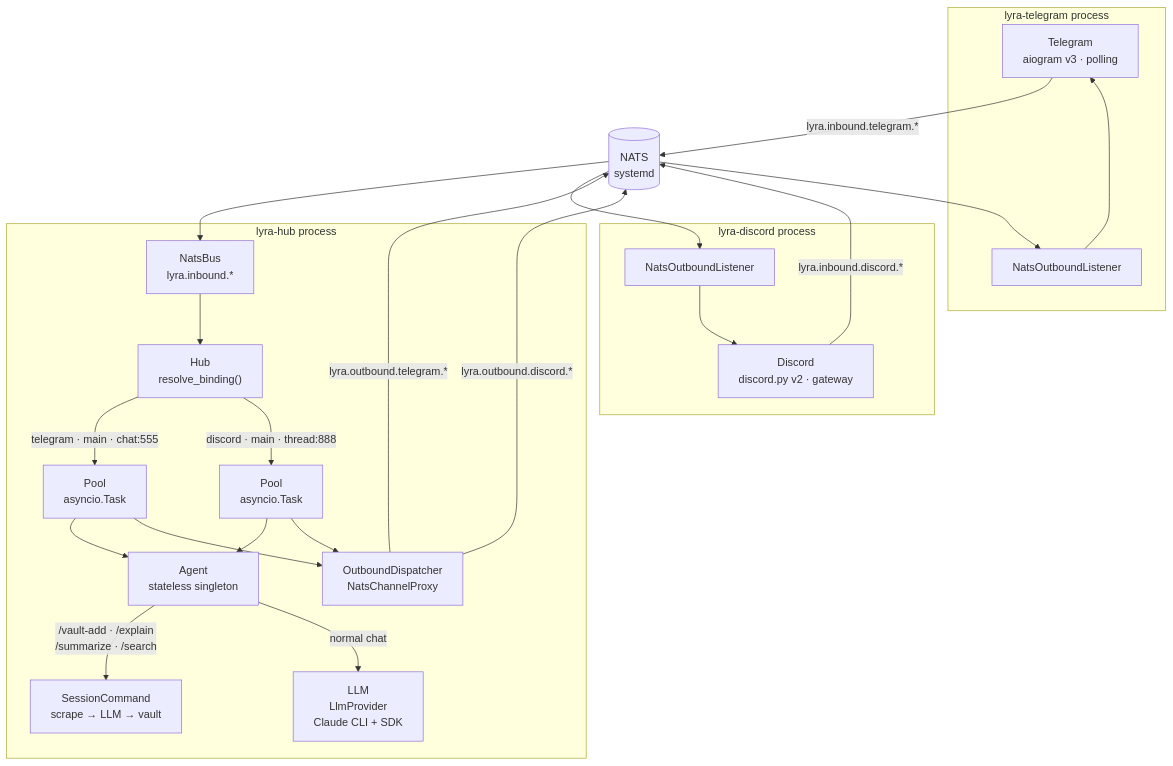
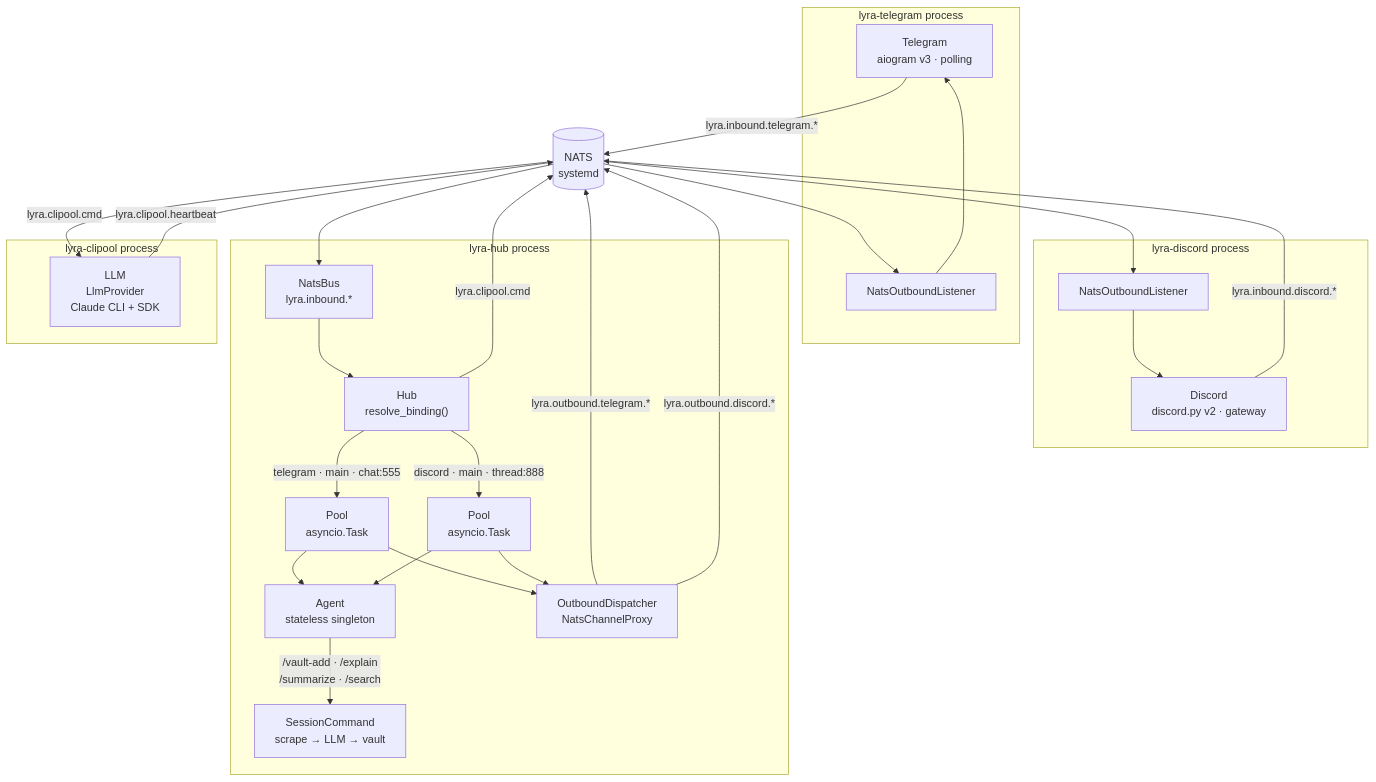
Before and after one commit to Roxabi/lyra: the diagram in README.md, drawn with Mermaid. The commit also changed other lines of this file and 12 other files, not shown here.

First line of the commit message:
chore(deploy): wire lyra-clipool into quadlet-install, secrets, NATS ACL matrix, and docs

````diff
--- a/README.md
+++ b/README.md
@@ -30,38 +30,42 @@
 ```mermaid
 flowchart TD
     subgraph AP["lyra-telegram process"]
         TG["Telegram<br/>aiogram v3 · polling"]
         TGOL["NatsOutboundListener"]
     end
     subgraph DP["lyra-discord process"]
         DC["Discord<br/>discord.py v2 · gateway"]
         DCOL["NatsOutboundListener"]
     end
     subgraph HP["lyra-hub process"]
         BUS["NatsBus<br/>lyra.inbound.*"]
         HUB["Hub<br/>resolve_binding()"]
         P1["Pool<br/>asyncio.Task"]
         P2["Pool<br/>asyncio.Task"]
         AGENT["Agent<br/>stateless singleton"]
-        LLM["LLM<br/>LlmProvider<br/>Claude CLI + SDK"]
         SC["SessionCommand<br/>scrape → LLM → vault"]
         OD["OutboundDispatcher<br/>NatsChannelProxy"]
+    end
+    subgraph CP["lyra-clipool process"]
+        LLM["LLM<br/>LlmProvider<br/>Claude CLI + SDK"]
     end
     NATS[("NATS<br/>systemd")]
 
     TG -->|"lyra.inbound.telegram.*"| NATS
     DC -->|"lyra.inbound.discord.*"| NATS
     NATS --> BUS --> HUB
     HUB -->|"telegram · main · chat:555"| P1
     HUB -->|"discord · main · thread:888"| P2
     P1 --> AGENT
     P2 --> AGENT
     AGENT -->|"/vault-add · /explain<br/>/summarize · /search"| SC
-    AGENT -->|"normal chat"| LLM
+    HUB -->|"lyra.clipool.cmd"| NATS
+    NATS -->|"lyra.clipool.cmd"| LLM
+    LLM -->|"lyra.clipool.heartbeat"| NATS
     P1 --> OD
     P2 --> OD
     OD -->|"lyra.outbound.telegram.*"| NATS
     OD -->|"lyra.outbound.discord.*"| NATS
     NATS --> TGOL --> TG
     NATS --> DCOL --> DC
 ```
````
